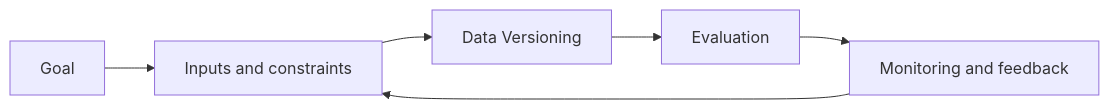
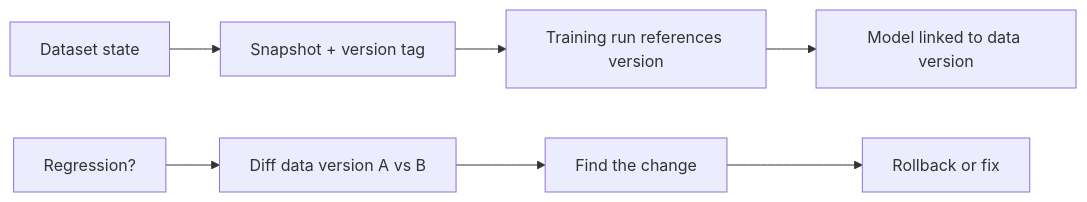
One commit to Icon1cc/Machine-Learning changed the diagram in mlops/03-data-versioning.md. Above: the diagram before and after it, drawn with Mermaid. The commit also changed other lines of this file and 118 other files, not shown here.

````diff
--- a/mlops/03-data-versioning.md
+++ b/mlops/03-data-versioning.md
@@ -93,8 +70,9 @@
 ```mermaid
 flowchart LR
-    A[Goal] --> B[Inputs and constraints]
-    B --> C[Data Versioning]
-    C --> D[Evaluation]
-    D --> E[Monitoring and feedback]
-    E --> B
+    A[Dataset state] --> B[Snapshot + version tag]
+    B --> C[Training run references version]
+    C --> D[Model linked to data version]
+    E[Regression?] --> F[Diff data version A vs B]
+    F --> G[Find the change]
+    G --> H[Rollback or fix]
 ```
````
